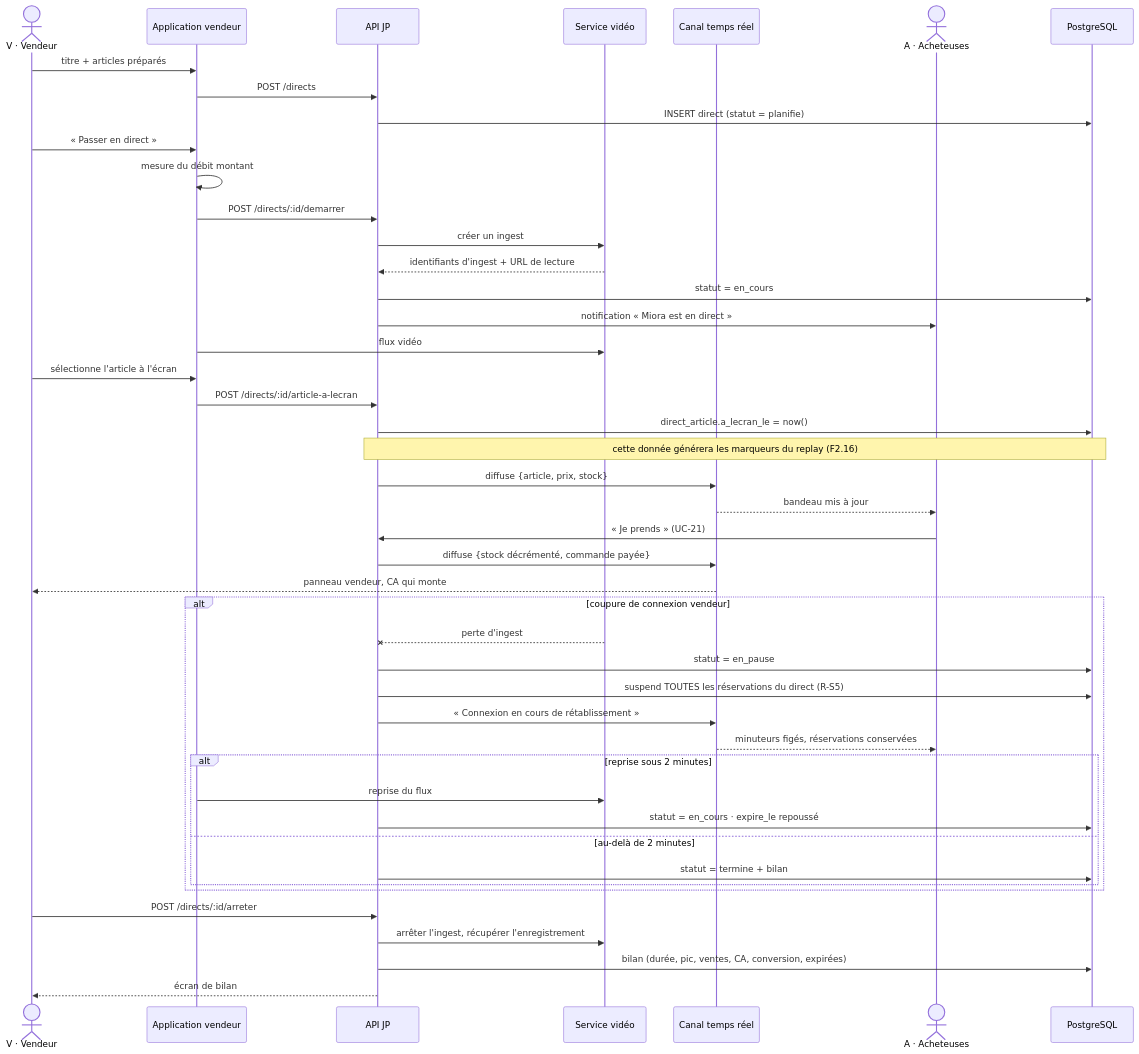
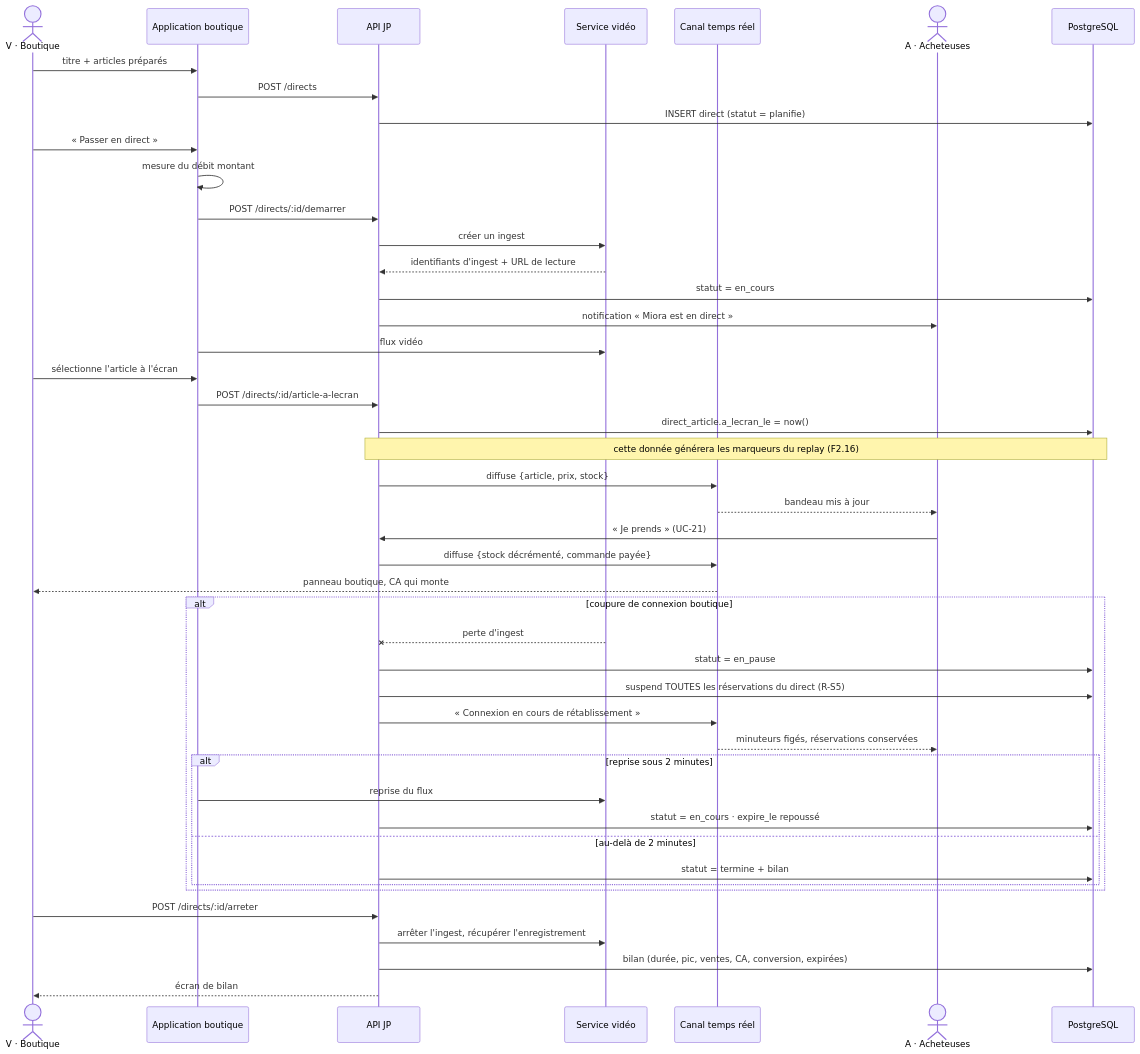
One commit to andokevin/jp changed the ninth of 26 diagrams in docs/JP_CAS_UTILISATION.md. Above: the diagram before and after it, drawn with Mermaid. The commit also changed other lines of this file and 58 other files, not shown here.

````diff
--- a/docs/JP_CAS_UTILISATION.md
+++ b/docs/JP_CAS_UTILISATION.md
@@ -723,52 +672,52 @@
 ```mermaid
 sequenceDiagram
-    actor V as V · Vendeur
-    participant APP as Application vendeur
+    actor V as V · Boutique
+    participant APP as Application boutique
     participant API as API JP
     participant VID as Service vidéo
     participant WS as Canal temps réel
     actor A as A · Acheteuses
     participant DB as PostgreSQL
 
     V->>APP: titre + articles préparés
     APP->>API: POST /directs
     API->>DB: INSERT direct (statut = planifie)
     V->>APP: « Passer en direct »
     APP->>APP: mesure du débit montant
     APP->>API: POST /directs/:id/demarrer
     API->>VID: créer un ingest
     VID-->>API: identifiants d'ingest + URL de lecture
     API->>DB: statut = en_cours
     API->>A: notification « Miora est en direct »
     APP->>VID: flux vidéo
 
     V->>APP: sélectionne l'article à l'écran
     APP->>API: POST /directs/:id/article-a-lecran
     API->>DB: direct_article.a_lecran_le = now()
     Note over API,DB: cette donnée générera les marqueurs du replay (F2.16)
     API->>WS: diffuse {article, prix, stock}
     WS-->>A: bandeau mis à jour
 
     A->>API: « Je prends » (UC-21)
     API->>WS: diffuse {stock décrémenté, commande payée}
-    WS-->>V: panneau vendeur, CA qui monte
+    WS-->>V: panneau boutique, CA qui monte
 
-    alt coupure de connexion vendeur
+    alt coupure de connexion boutique
         VID--xAPI: perte d'ingest
         API->>DB: statut = en_pause
         API->>DB: suspend TOUTES les réservations du direct (R-S5)
         API->>WS: « Connexion en cours de rétablissement »
         WS-->>A: minuteurs figés, réservations conservées
         alt reprise sous 2 minutes
             APP->>VID: reprise du flux
             API->>DB: statut = en_cours · expire_le repoussé
         else au-delà de 2 minutes
             API->>DB: statut = termine + bilan
         end
     end
 
     V->>API: POST /directs/:id/arreter
     API->>VID: arrêter l'ingest, récupérer l'enregistrement
     API->>DB: bilan (durée, pic, ventes, CA, conversion, expirées)
     API-->>V: écran de bilan
 ```
````
